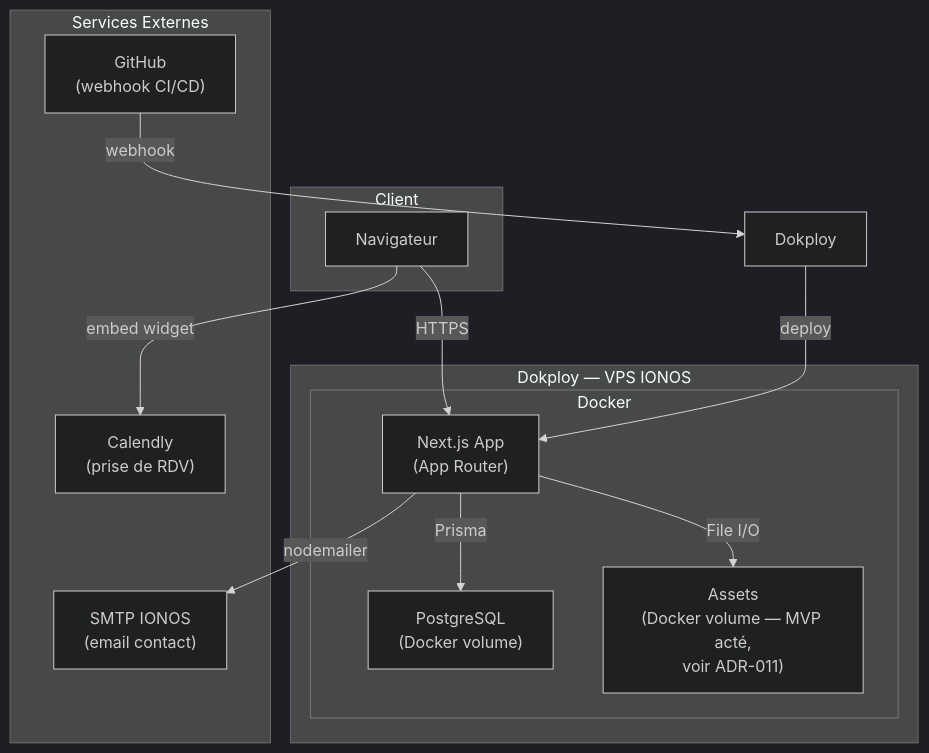
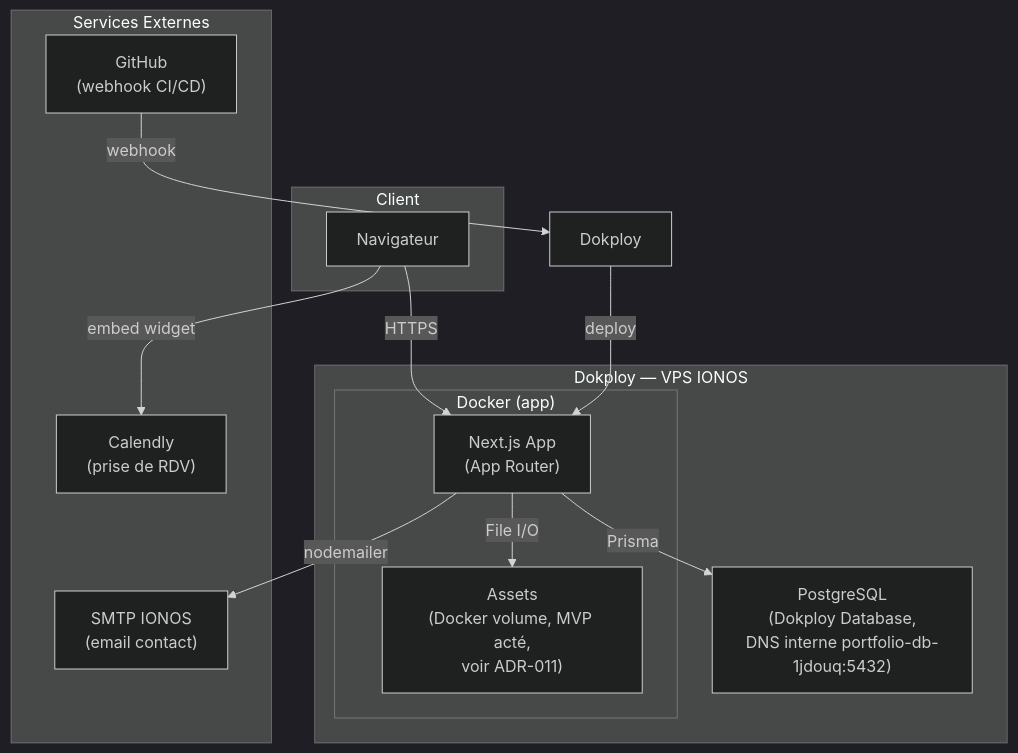
Before and after one commit to thibaud57/thibaud-geisler-portfolio: the first of 3 diagrams in docs/ARCHITECTURE.md, drawn with Mermaid (dark theme). The commit also changed other lines of this file and 12 other files, not shown here.

````diff
--- a/docs/ARCHITECTURE.md
+++ b/docs/ARCHITECTURE.md
@@ -75,28 +76,28 @@
 ```mermaid
 graph TB
     subgraph "Client"
         Browser["Navigateur"]
     end
 
     subgraph "Dokploy — VPS IONOS"
-        subgraph "Docker"
+        subgraph "Docker (app)"
             Next["Next.js App\n(App Router)"]
-            PG["PostgreSQL\n(Docker volume)"]
-            Assets["Assets\n(Docker volume — MVP acté,\nvoir ADR-011)"]
+            Assets["Assets\n(Docker volume, MVP acté,\nvoir ADR-011)"]
         end
+        PG["PostgreSQL\n(Dokploy Database,\nDNS interne portfolio-db-1jdouq:5432)"]
     end
 
     subgraph "Services Externes"
         SMTP["SMTP IONOS\n(email contact)"]
         Calendly["Calendly\n(prise de RDV)"]
         GitHub["GitHub\n(webhook CI/CD)"]
     end
 
     Browser -->|HTTPS| Next
     Browser -->|embed widget| Calendly
     Next -->|Prisma| PG
     Next -->|File I/O| Assets
     Next -->|nodemailer| SMTP
     GitHub -->|webhook| Dokploy
     Dokploy -->|deploy| Next
 ```
````
